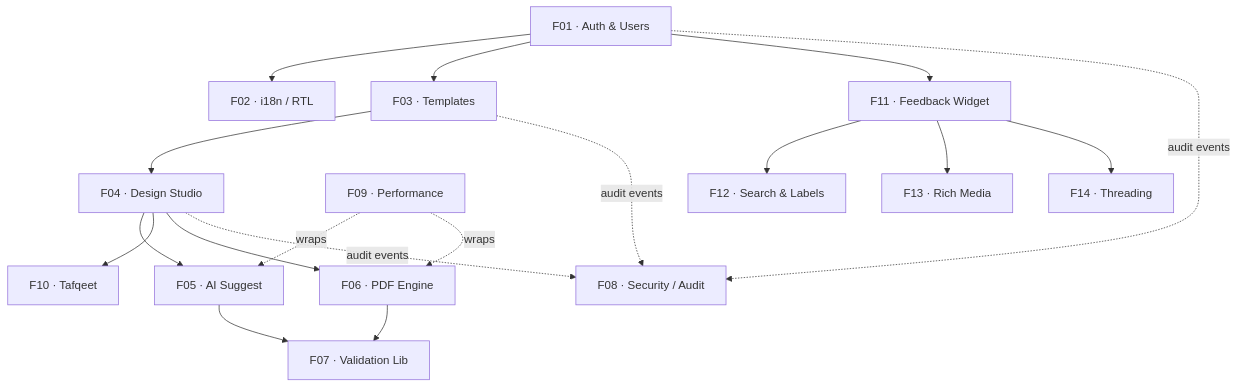
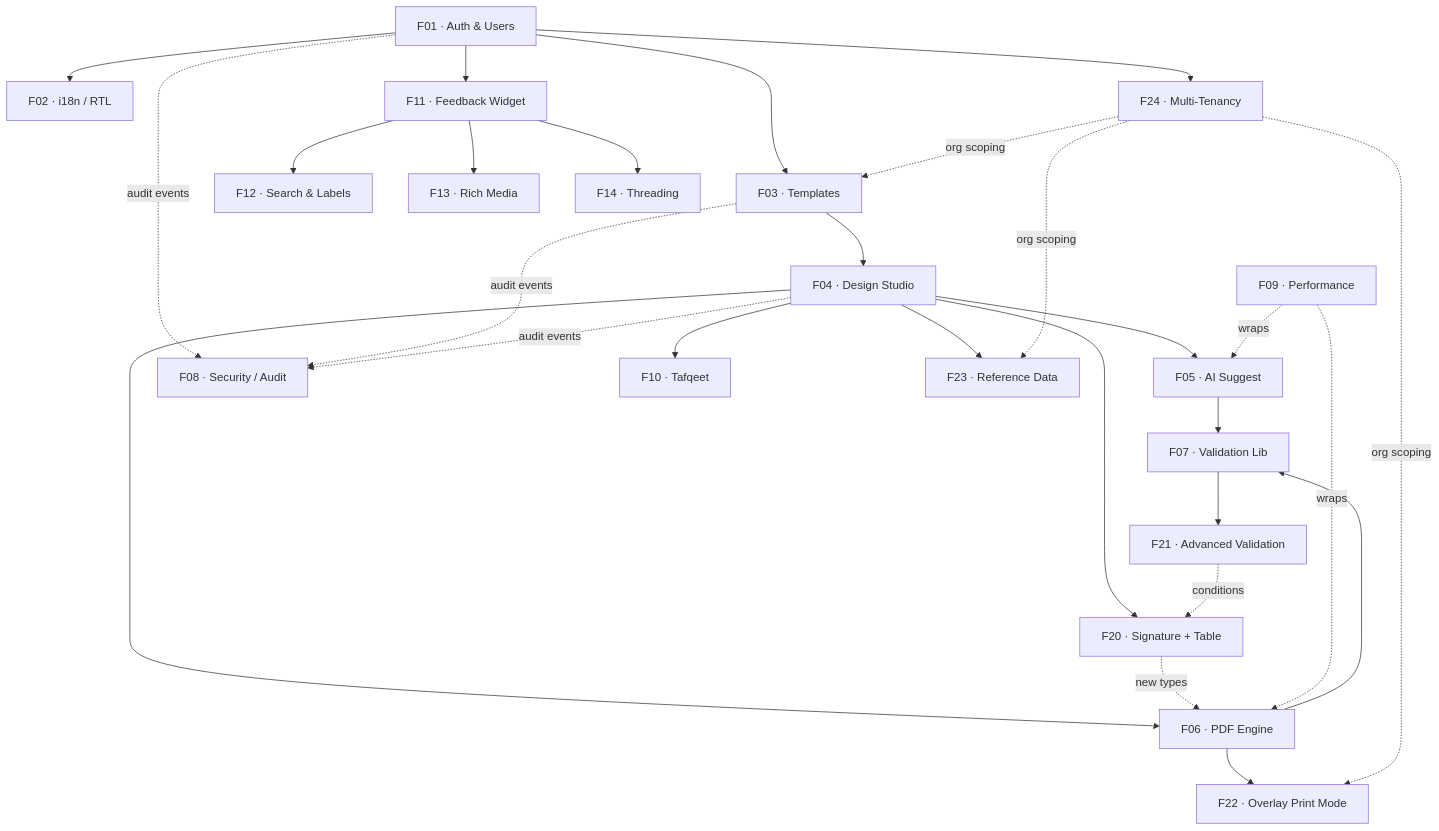
One commit to YasserHosny/FormCraft changed the first of 3 diagrams in docs/flows/feature-map.md. Above: the diagram before and after it, drawn with Mermaid. The commit also changed other lines of this file and 7 other files, not shown here.

First line of the commit message:
docs: update feature flows documentation to reflect 19 features

````diff
--- a/docs/flows/feature-map.md
+++ b/docs/flows/feature-map.md
@@ -9,35 +9,50 @@
 ```mermaid
 graph TD
     F01["F01 · Auth & Users"]
     F02["F02 · i18n / RTL"]
     F03["F03 · Templates"]
     F04["F04 · Design Studio"]
     F05["F05 · AI Suggest"]
     F06["F06 · PDF Engine"]
     F07["F07 · Validation Lib"]
     F08["F08 · Security / Audit"]
     F09["F09 · Performance"]
     F10["F10 · Tafqeet"]
     F11["F11 · Feedback Widget"]
     F12["F12 · Search & Labels"]
     F13["F13 · Rich Media"]
     F14["F14 · Threading"]
+    F20["F20 · Signature + Table"]
+    F21["F21 · Advanced Validation"]
+    F22["F22 · Overlay Print Mode"]
+    F23["F23 · Reference Data"]
+    F24["F24 · Multi-Tenancy"]
 
     F01 --> F02
     F01 --> F03
     F01 --> F11
     F03 --> F04
     F04 --> F05
     F04 --> F10
     F04 --> F06
+    F04 --> F20
+    F04 --> F23
     F05 --> F07
     F06 --> F07
+    F06 --> F22
+    F07 --> F21
     F11 --> F12
     F11 --> F13
     F11 --> F14
+    F01 --> F24
+    F24 -.->|"org scoping"| F03
+    F24 -.->|"org scoping"| F22
+    F24 -.->|"org scoping"| F23
+    F20 -.->|"new types"| F06
+    F21 -.->|"conditions"| F20
     F01 -.->|"audit events"| F08
     F03 -.->|"audit events"| F08
     F04 -.->|"audit events"| F08
     F09 -.->|"wraps"| F05
     F09 -.->|"wraps"| F06
 ```
````
